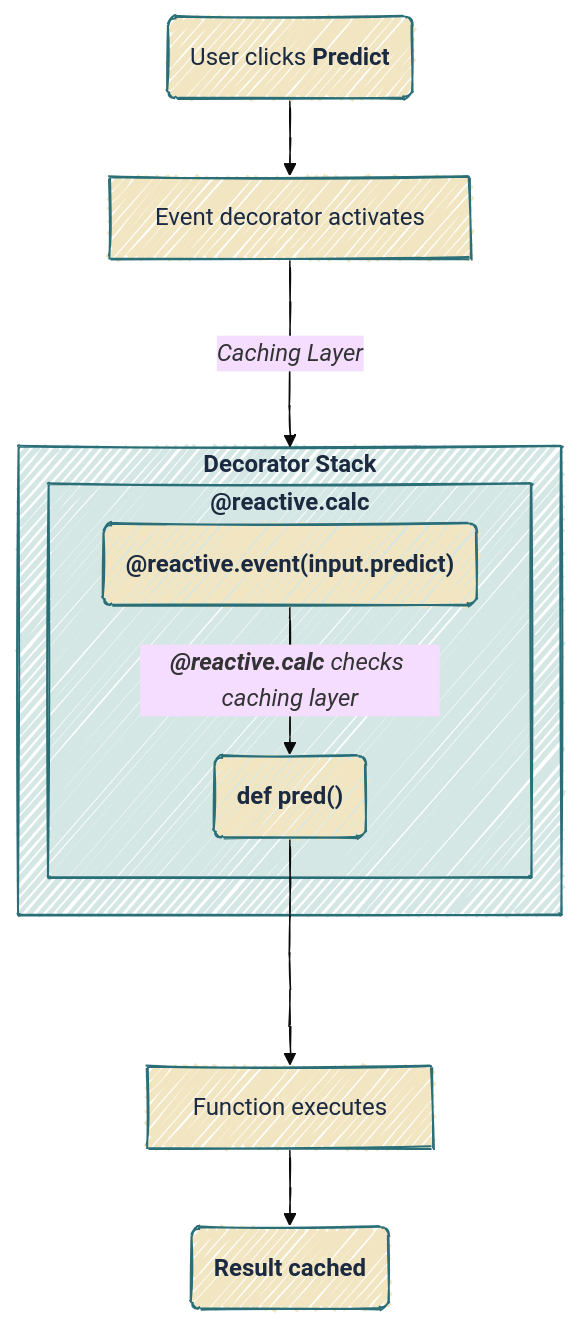
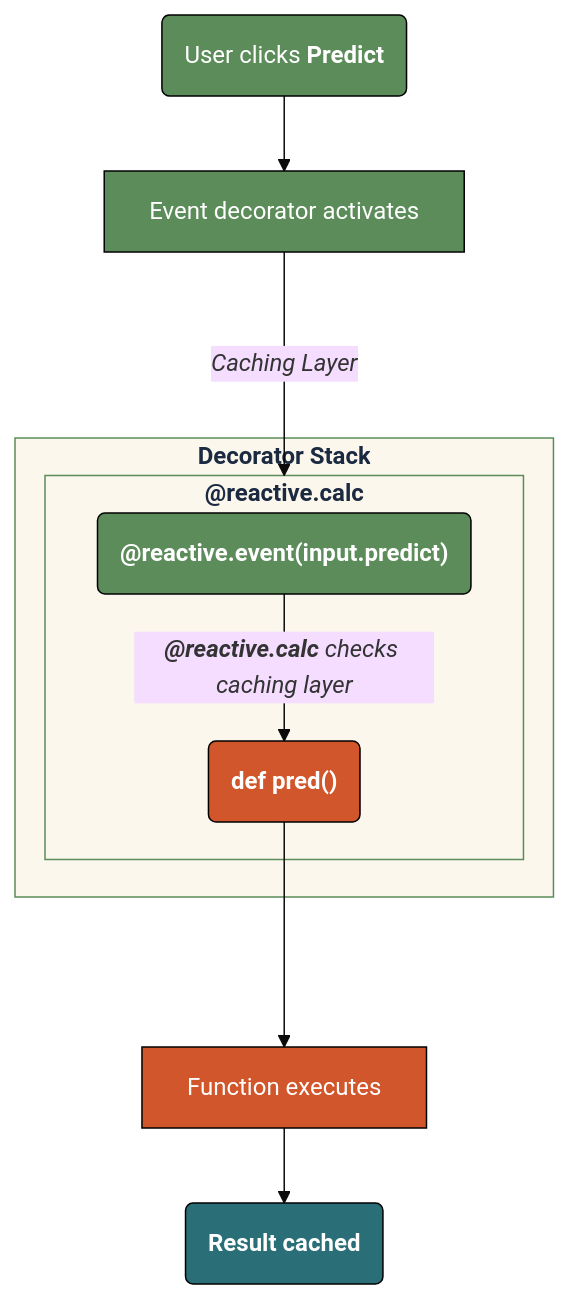
Before and after one commit to mjfrigaard/do4ds-labs: the sixth of 15 diagrams in app-log-py.qmd, drawn with Mermaid. The commit also changed other lines of this file and 48 other files, not shown here.

````diff
--- a/app-log-py.qmd
+++ b/app-log-py.qmd
@@ -655,32 +674,34 @@
 ```{mermaid}
 %%| fig-cap: 'Predicted Values'
 %%| fig-width: 7.0
-%%| fig-align: center
-%%{init: {'theme': 'base', 'look': 'handDrawn', 'themeVariables': {'fontFamily': 'monospace'}}}%%
+%%| fig-align: 'center'
+%%{init: {'theme': 'base', 'themeVariables': {'fontFamily': 'monospace'}}}%%
 
 graph TD
     subgraph Dec["<strong>Decorator Stack</strong>"]
         subgraph CalcDec["<strong>@reactive.calc</strong>"]
             Event("<strong>@reactive.event(input.predict)</strong>")
             Function("<strong>def pred()</strong>")
             Event --"<em><strong>@reactive.calc</strong> checks caching layer</em>"--> Function
         end
     end
-    
 
-        ButtonClick("User clicks <strong>Predict</strong>")
-        EventTrigger[Event decorator activates]
-        ExecuteFunction[Function executes]
-        CacheResult("<strong>Result cached</strong>")
-
-    
+    ButtonClick("User clicks <strong>Predict</strong>")
+    EventTrigger[Event decorator activates]
+    ExecuteFunction[Function executes]
+    CacheResult("<strong>Result cached</strong>")
 
     ButtonClick --> EventTrigger
     EventTrigger --"<em>Caching Layer</em>"---> CalcDec
     Function ---> ExecuteFunction
     ExecuteFunction --> CacheResult
-    classDef default fill:#F2E6C2,stroke:#2A6F77,color:#1B2A41
-    style Dec fill:#d4e7e4,stroke:#2A6F77,color:#1B2A41
-    style CalcDec fill:#d4e7e4,stroke:#2A6F77,color:#1B2A41
+    style ButtonClick fill:#5B8C5A,stroke:#000000,stroke-width:1px,color:#ffffff
+    style EventTrigger fill:#5B8C5A,stroke:#000000,stroke-width:1px,color:#ffffff
+    style Event fill:#5B8C5A,stroke:#000000,stroke-width:1px,color:#ffffff
+    style Function fill:#D2562B,stroke:#000000,stroke-width:1px,color:#ffffff
+    style ExecuteFunction fill:#D2562B,stroke:#000000,stroke-width:1px,color:#ffffff
+    style CacheResult fill:#2A6F77,stroke:#000000,stroke-width:1px,color:#ffffff
+    style Dec fill:#fbf7ec,stroke:#5B8C5A,color:#1B2A41
+    style CalcDec fill:#fbf7ec,stroke:#5B8C5A,color:#1B2A41
 
 ```
````
